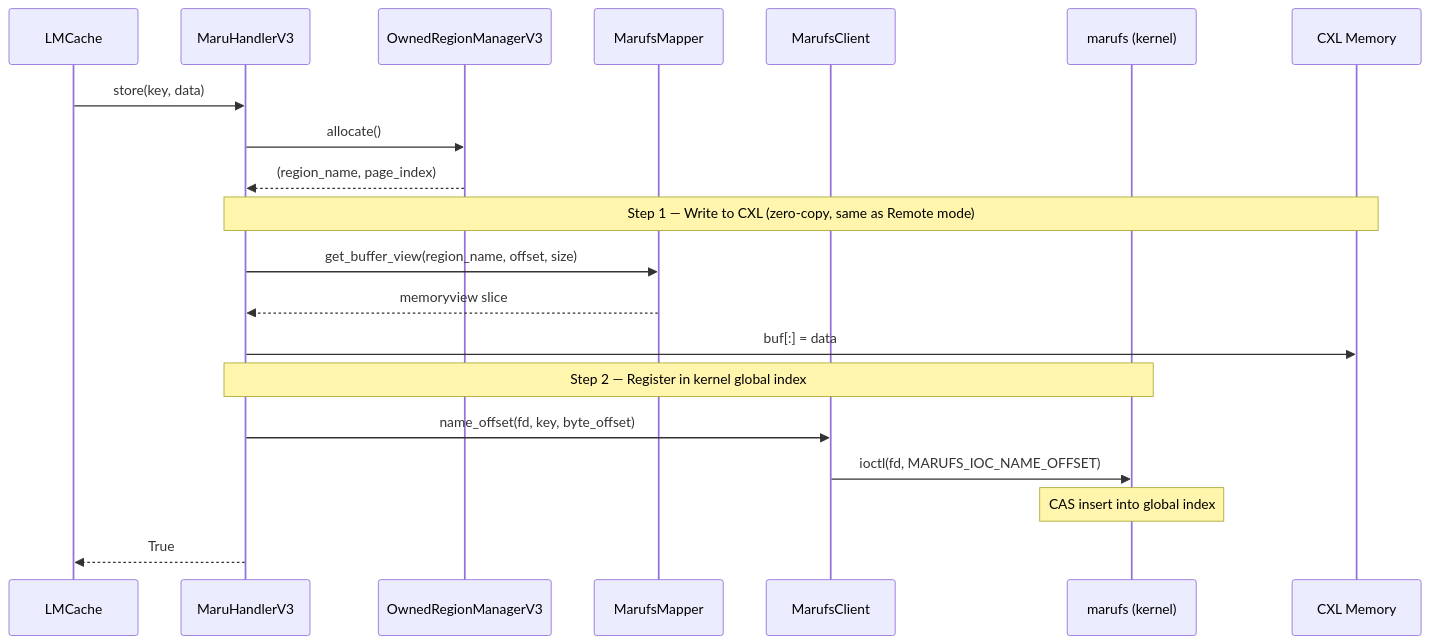
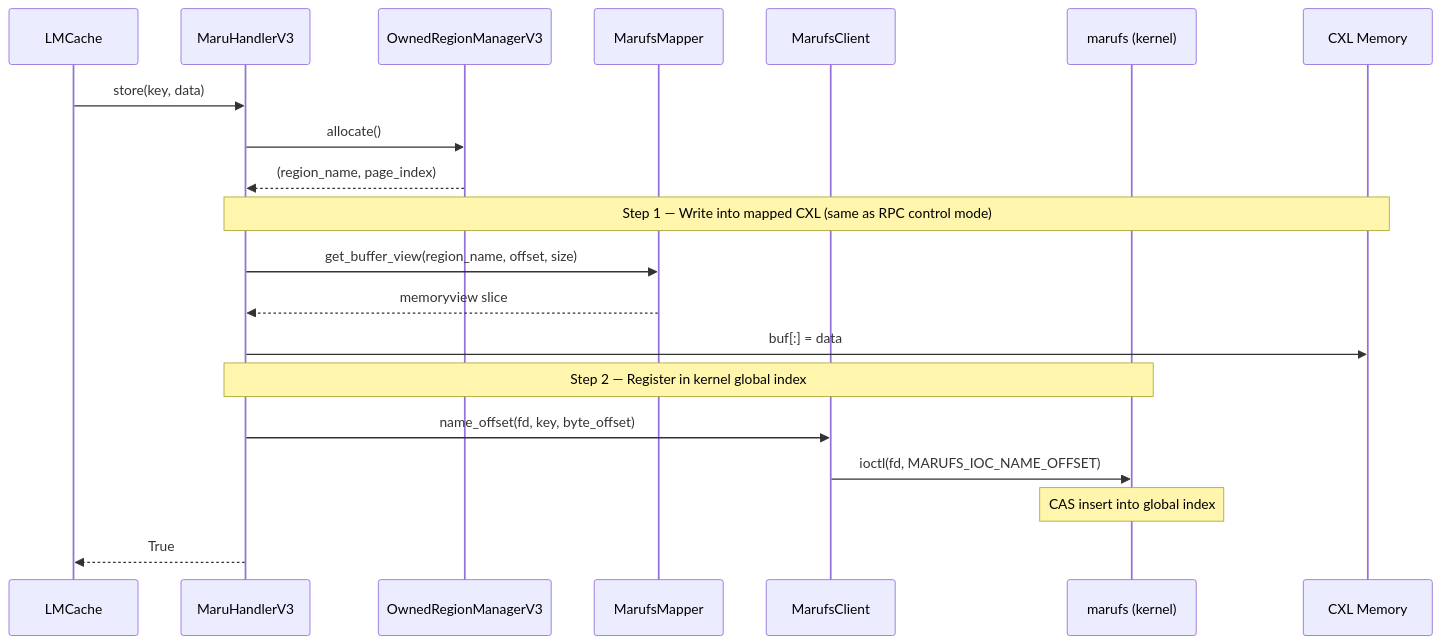
The first of 4 diagrams in docs/source/design_doc/maru_fs.md (xcena-dev/maru), drawn with Mermaid before and after one commit. The commit also changed other lines of this file and 13 other files, not shown here.

````diff
--- a/docs/source/design_doc/maru_fs.md
+++ b/docs/source/design_doc/maru_fs.md
@@ -94,26 +96,26 @@
 ```mermaid
 sequenceDiagram
     participant C as LMCache
     participant H as MaruHandlerV3
     participant ORM as OwnedRegionManagerV3
     participant XM as MarufsMapper
     participant XC as MarufsClient
     participant K as marufs (kernel)
     participant CXL as CXL Memory
 
     C->>H: store(key, data)
     H->>ORM: allocate()
     ORM-->>H: (region_name, page_index)
 
-    Note over H,CXL: Step 1 — Write to CXL (zero-copy, same as Remote mode)
+    Note over H,CXL: Step 1 — Write into mapped CXL (same as RPC control mode)
     H->>XM: get_buffer_view(region_name, offset, size)
     XM-->>H: memoryview slice
     H->>CXL: buf[:] = data
 
     Note over H,K: Step 2 — Register in kernel global index
     H->>XC: name_offset(fd, key, byte_offset)
     XC->>K: ioctl(fd, MARUFS_IOC_NAME_OFFSET)
     Note over K: CAS insert into global index
 
     H-->>C: True
 ```
````
